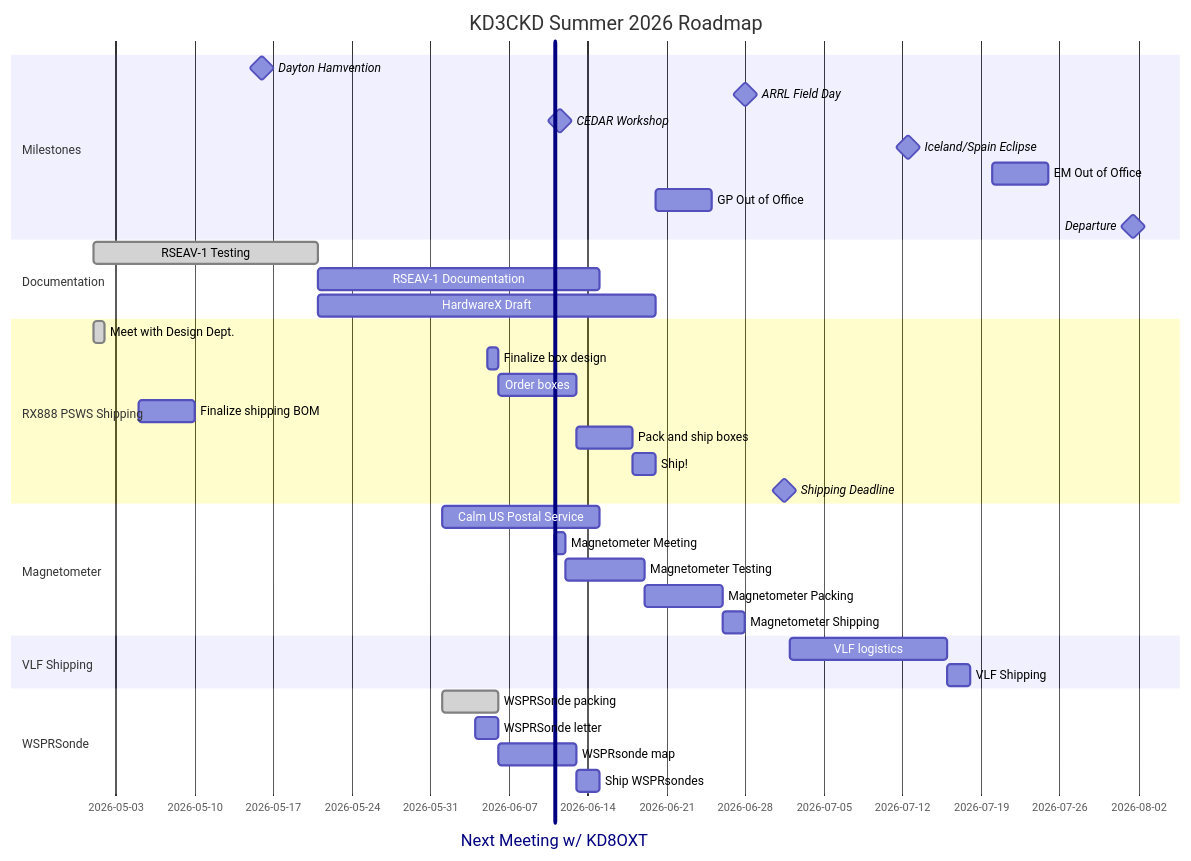
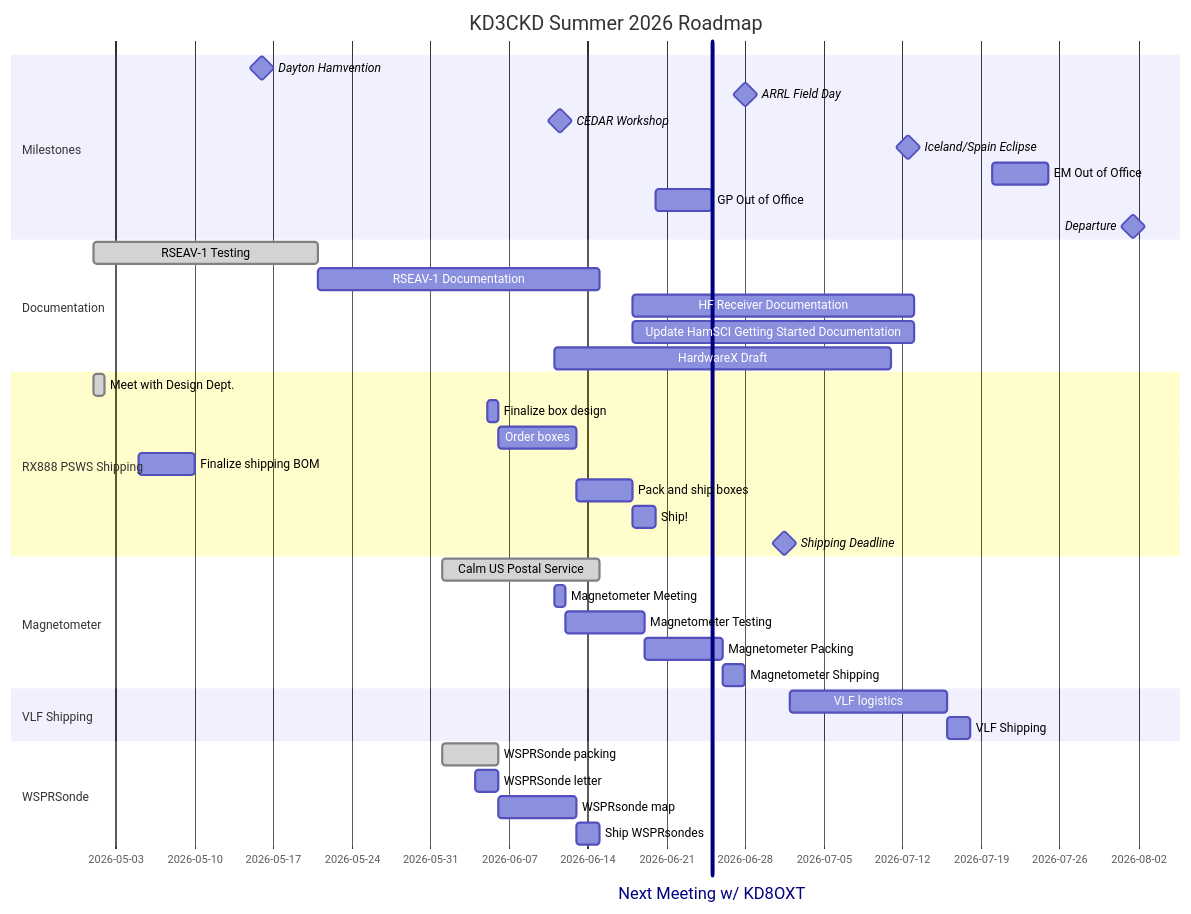
Before and after one commit to HamSCI/psws-charette: the diagram in emma_gantt.md, drawn with Mermaid.

````diff
--- a/emma_gantt.md
+++ b/emma_gantt.md
@@ -1,41 +1,43 @@
 ```mermaid
 gantt
     title KD3CKD Summer 2026 Roadmap
-    Next Meeting w/ KD8OXT :vert, 2026-06-11, 0d
+    Next Meeting w/ KD8OXT :vert, 2026-06-25, 0d
     dateFormat YYYY-MM
 section Milestones
         Dayton Hamvention       : milestone, hamvention, 2026-05-15, 2d
         ARRL Field Day       : milestone, fieldday, 2026-06-27, 2d
         CEDAR Workshop    : milestone, CEDAR, 2026-06-08, 1w 
         Iceland/Spain Eclipse       : milestone, Eclipse, 2026-07-12, 1d
         EM Out of Office : emoof, 2026-07-20, 5d
         GP Out of Office : gpoof, 2026-06-20, 5d
         Departure       : milestone, end, 2026-08-01, 1d
                                 
 section Documentation
        RSEAV-1 Testing    :done, antennatest, 2026-05-1, 20d
        RSEAV-1 Documentation    :antennadoc, after antennatest, 25d
-       HardwareX Draft :hardwarex, after antennatest, 30d
+       HF Receiver Documentation    :rx888doc, 2026-06-18, 25d
+       Update HamSCI Getting Started Documentation    :introduc, 2026-06-18, 25d
+       HardwareX Draft :hardwarex, 2026-06-11, 30d
 section RX888 PSWS Shipping
        Meet with Design Dept. :done, designmeet, 2026-05-01, 1d
        Finalize box design: boxdesign, 2026-06-05, 1d
        Order boxes: boxorder, after boxdesign, 7d
        Finalize shipping BOM: BOM, 2026-05-05, 5d
        Pack and ship boxes: packing, after BOM boxorder, 5d
        Ship!: ship, after packing, 2d
        Shipping Deadline      :milestone, shippingdeadline, 2026-07-01, 1d
 section Magnetometer
-       Calm US Postal Service: notabom, 2026-06-01, 2w
+       Calm US Postal Service:done, notabom, 2026-06-01, 2w
        Magnetometer Meeting: magmeet, 2026-06-11, 1d
        Magnetometer Testing: magtest, after magmeet, 1w
        Magnetometer Packing: magpack, after magtest, 1w
        Magnetometer Shipping: magship, after magpack, 2d
 section VLF Shipping
        VLF logistics: vlflog, after shippingdeadline, 2w
        VLF Shipping: vlfship, after vlflog, 2d
 section WSPRSonde
        WSPRSonde packing: done, wsprsondepack, 2026-06-01, 5d
        WSPRSonde letter: wsprsondeletter, 2026-06-04, 2d
        WSPRsonde map: wsprsondemap, after wsprsondeletter, 7d
        Ship WSPRsondes: wsprship, after wsprsondepack wsprsondemap, 2d
 ```
````
